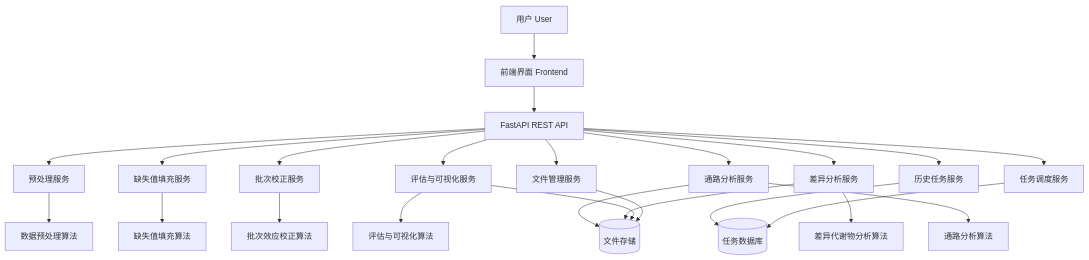
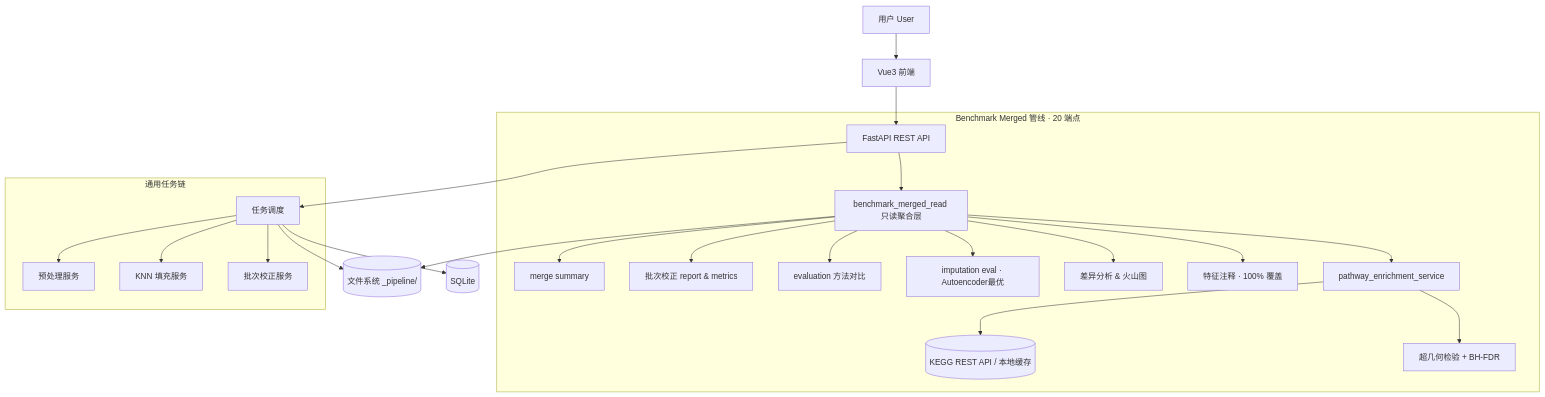
The diagram in SYSTEM_ARCHITECTURE.md (NiaoYou/final-design), drawn with Mermaid before and after one commit. The commit also changed other lines of this file and 20 other files, not shown here.

````diff
--- a/SYSTEM_ARCHITECTURE.md
+++ b/SYSTEM_ARCHITECTURE.md
@@ -299,30 +343,30 @@
 ```mermaid
 flowchart TB
-    U[用户 User] --> FE[前端界面 Frontend]
+    U[用户 User] --> FE[Vue3 前端]
 
     FE --> API[FastAPI REST API]
 
-    API --> FS[文件管理服务]
-    API --> TS[任务调度服务]
-    API --> PS[预处理服务]
-    API --> IS[缺失值填充服务]
-    API --> BS[批次校正服务]
-    API --> ES[评估与可视化服务]
-    API --> DS[差异分析服务]
-    API --> PAS[通路分析服务]
-    API --> HS[历史任务服务]
+    subgraph merged_pipeline[Benchmark Merged 管线 · 20 端点]
+        API --> BMR[benchmark_merged_read 只读聚合层]
+        BMR --> SUM[merge summary]
+        BMR --> BCR[批次校正 report & metrics]
+        BMR --> EVL[evaluation 方法对比]
+        BMR --> IMP[imputation eval · Autoencoder最优]
+        BMR --> DIFF[差异分析 & 火山图]
+        BMR --> ANN[特征注释 · 100% 覆盖]
+        BMR --> PE[pathway_enrichment_service]
+        PE --> KEGG[(KEGG REST API / 本地缓存)]
+        PE --> ENR[超几何检验 + BH-FDR]
+    end
 
-    PS --> ALG1[数据预处理算法]
-    IS --> ALG2[缺失值填充算法]
-    BS --> ALG3[批次效应校正算法]
-    ES --> ALG4[评估与可视化算法]
-    DS --> ALG5[差异代谢物分析算法]
-    PAS --> ALG6[通路分析算法]
+    subgraph task_pipeline[通用任务链]
+        API --> TS[任务调度]
+        TS --> PS[预处理服务]
+        TS --> IS[KNN 填充服务]
+        TS --> BS[批次校正服务]
+    end
 
-    FS --> FILES[(文件存储)]
-    TS --> DB[(任务数据库)]
-    HS --> DB
-    ES --> FILES
-    DS --> FILES
-    PAS --> FILES
+    BMR --> FILES[(文件系统 _pipeline/)]
+    TS --> DB[(SQLite)]
+    TS --> FILES
 ```
````
